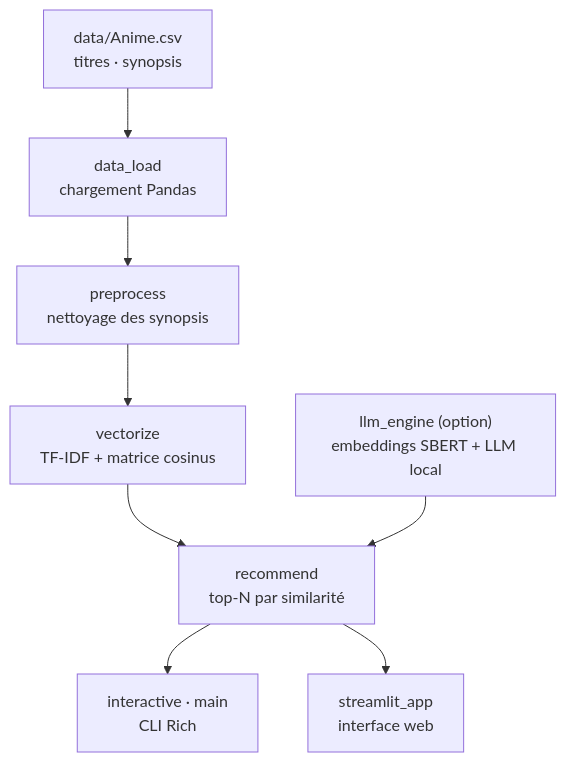
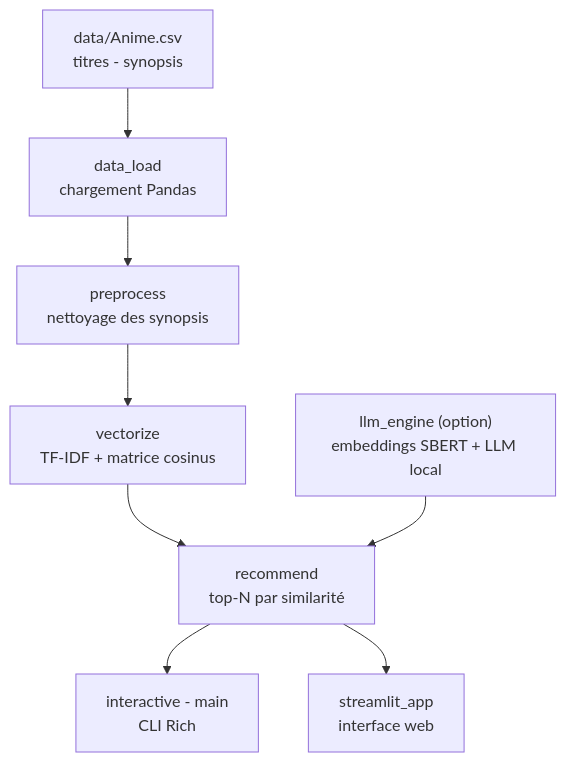
Before and after one commit to Adam-Blf/EFREI-NLP-Anime-Recommendation: the diagram in README.md, drawn with Mermaid. The commit also changed other lines of this file, not shown here.

Commit message:
docs: typography pass, no em dash or middle dot (#1)

````diff
--- a/README.md
+++ b/README.md
@@ -36,19 +36,19 @@
 ```mermaid
 flowchart TB
-    CSV["data/Anime.csv<br/>titres · synopsis"]
+    CSV["data/Anime.csv<br/>titres - synopsis"]
     Load["data_load<br/>chargement Pandas"]
     Prep["preprocess<br/>nettoyage des synopsis"]
     Vec["vectorize<br/>TF-IDF + matrice cosinus"]
     Reco["recommend<br/>top-N par similarité"]
     LLM["llm_engine (option)<br/>embeddings SBERT + LLM local"]
-    CLI["interactive · main<br/>CLI Rich"]
+    CLI["interactive - main<br/>CLI Rich"]
     Web["streamlit_app<br/>interface web"]
 
     CSV --> Load
     Load --> Prep
     Prep --> Vec
     Vec --> Reco
     Reco --> CLI
     Reco --> Web
     LLM --> Reco
 ```
````
